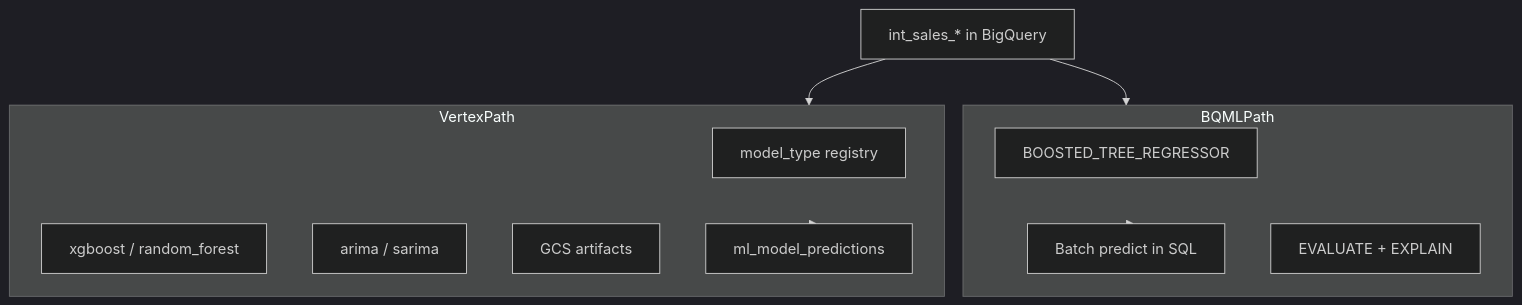
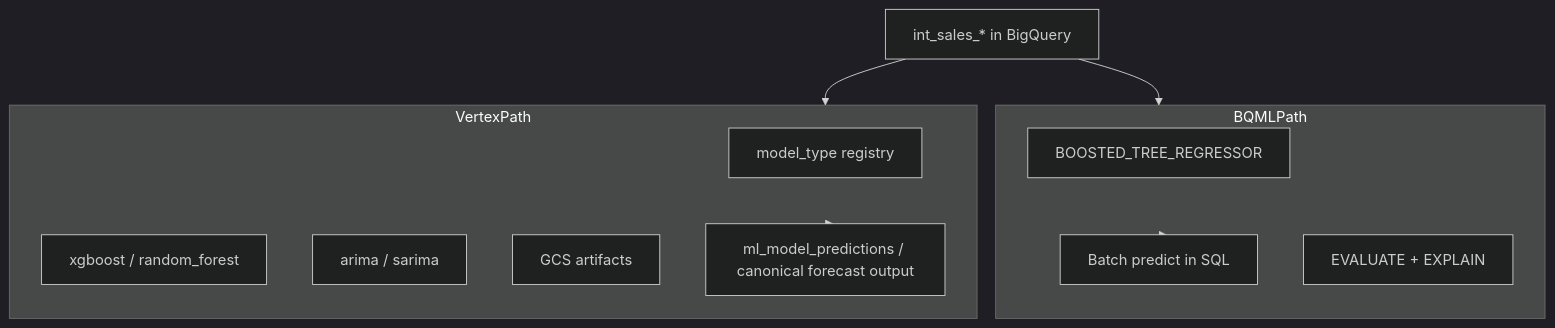
The third of 5 diagrams in docs/reference_architecture.md (the-datastrategist/tds-dbt-favorita), drawn with Mermaid (dark theme) before and after one commit. The commit also changed other lines of this file and 133 other files, not shown here.

````diff
--- a/docs/reference_architecture.md
+++ b/docs/reference_architecture.md
@@ -107,24 +109,24 @@
 ```mermaid
 flowchart TB
   Features[int_sales_* in BigQuery]
 
   Features --> BQMLPath[BigQuery ML path]
   Features --> VertexPath[Vertex custom path]
 
   subgraph BQMLPath
     BT[BOOSTED_TREE_REGRESSOR]
     BQPred[Batch predict in SQL]
     BQEval[EVALUATE + EXPLAIN]
   end
 
   subgraph VertexPath
     Registry[model_type registry]
     XGB[xgboost / random_forest]
     TS[arima / sarima]
     GCSArt[GCS artifacts]
-    Unified[ml_model_predictions]
+    Unified["ml_model_predictions / canonical forecast output"]
   end
 
   BQMLPath --> BQPred
   VertexPath --> Unified
 ```
````
